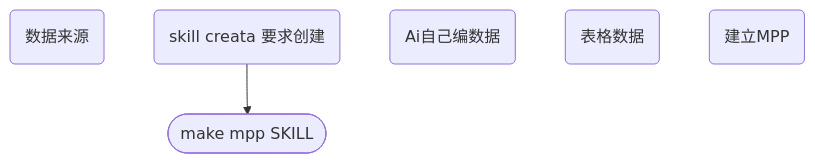
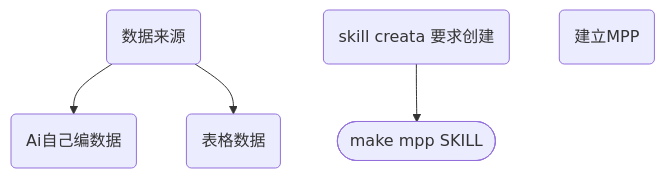
The diagram in notes/进度MMP skill (local)_289c8ca6-dc65-4f5d-8e6f-773a3c6cc0dc.md (fireflysss/mermaid-notes), drawn with Mermaid before and after one commit. The commit also changed 3 other files, not shown here.

Commit message:
Sync Mermaid Studio data (11 diagrams)

````diff
--- a/notes/进度MMP skill (local)_289c8ca6-dc65-4f5d-8e6f-773a3c6cc0dc.md
+++ b/notes/进度MMP skill (local)_289c8ca6-dc65-4f5d-8e6f-773a3c6cc0dc.md
@@ -3,11 +3,13 @@
 ```mermaid
 flowchart TD
   n_0(["make mpp SKILL"])
   n_1("数据来源")
   n_2("skill  creata 要求创建")
   n_3("Ai自己编数据")
   n_4("表格数据")
   n_5("建立MPP")
   n_2 --> n_0
+  n_1 --> n_3
+  n_1 --> n_4
 
 ```
````
